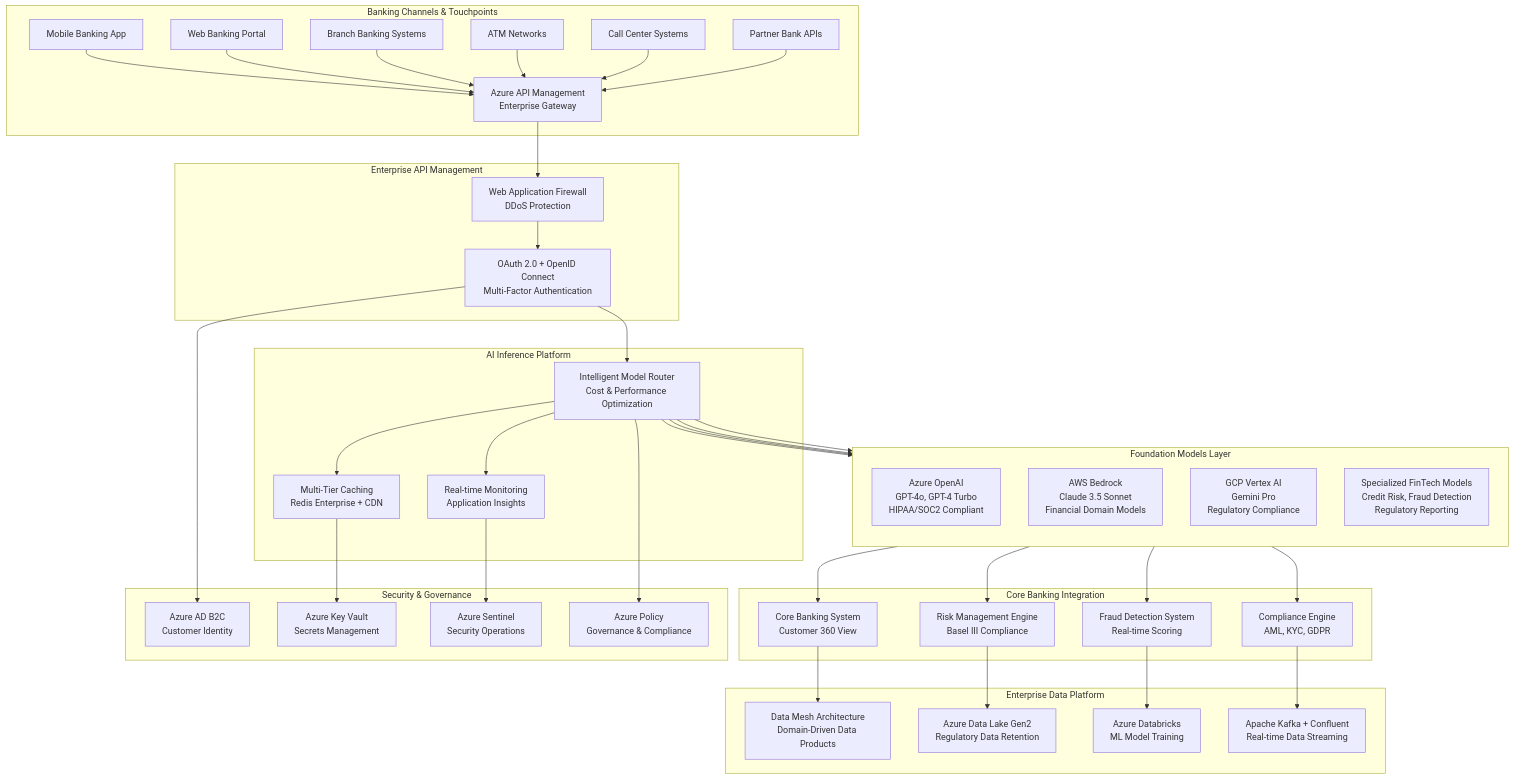
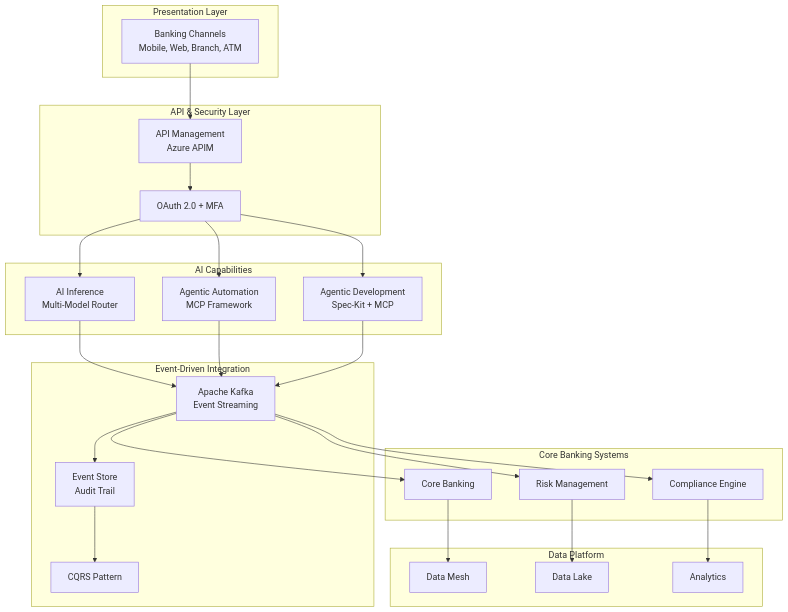
The diagram in README.md (calvinlee999/AI-Platform-for-FinTech-Evolution), drawn with Mermaid before and after one commit. The commit also changed other lines of this file and 5 other files, not shown here.

````diff
--- a/README.md
+++ b/README.md
@@ -154,86 +277,56 @@
 ```mermaid
 graph TB
-    subgraph "Banking Channels & Touchpoints"
-        MobileBanking[Mobile Banking App]
-        WebPortal[Web Banking Portal]
-        BranchSystems[Branch Banking Systems]
-        ATM[ATM Networks]
-        CallCenter[Call Center Systems]
-        PartnerAPIs[Partner Bank APIs]
-        
-        MobileBanking --> APIM
-        WebPortal --> APIM
-        BranchSystems --> APIM
-        ATM --> APIM
-        CallCenter --> APIM
-        PartnerAPIs --> APIM
+    subgraph "Presentation Layer"
+        Channels[Banking Channels<br/>Mobile, Web, Branch, ATM]
     end
     
-    subgraph "Enterprise API Management"
-        APIM[Azure API Management<br/>Enterprise Gateway]
-        WAF[Web Application Firewall<br/>DDoS Protection]
-        OAuth[OAuth 2.0 + OpenID Connect<br/>Multi-Factor Authentication]
-        
-        APIM --> WAF
-        WAF --> OAuth
+    subgraph "API & Security Layer"
+        APIM[API Management<br/>Azure APIM]
+        Auth[OAuth 2.0 + MFA]
     end
     
-    subgraph "AI Inference Platform"
-        Router[Intelligent Model Router<br/>Cost & Performance Optimization]
-        Cache[Multi-Tier Caching<br/>Redis Enterprise + CDN]
-        Monitor[Real-time Monitoring<br/>Application Insights]
-        
-        OAuth --> Router
-        Router --> Cache
-        Router --> Monitor
+    subgraph "AI Capabilities"
+        Inference[AI Inference<br/>Multi-Model Router]
+        Agents[Agentic Automation<br/>MCP Framework]
+        DevPlatform[Agentic Development<br/>Spec-Kit + MCP]
     end
     
-    subgraph "Foundation Models Layer"
-        direction TB
-        AzureOpenAI[Azure OpenAI<br/>GPT-4o, GPT-4 Turbo<br/>HIPAA/SOC2 Compliant]
-        AWSBedrock[AWS Bedrock<br/>Claude 3.5 Sonnet<br/>Financial Domain Models]
-        GCPVertex[GCP Vertex AI<br/>Gemini Pro<br/>Regulatory Compliance]
-        SpecializedModels[Specialized FinTech Models<br/>Credit Risk, Fraud Detection<br/>Regulatory Reporting]
-        
-        Router --> AzureOpenAI
-        Router --> AWSBedrock
-        Router --> GCPVertex
-        Router --> SpecializedModels
+    subgraph "Event-Driven Integration"
+        EventBus[Apache Kafka<br/>Event Streaming]
+        EventStore[Event Store<br/>Audit Trail]
+        CQRS[CQRS Pattern]
     end
     
-    subgraph "Core Banking Integration"
-        CoreBanking[Core Banking System<br/>Customer 360 View]
-        RiskEngine[Risk Management Engine<br/>Basel III Compliance]
-        FraudSystem[Fraud Detection System<br/>Real-time Scoring]
-        ComplianceEngine[Compliance Engine<br/>AML, KYC, GDPR]
-        
-        AzureOpenAI --> CoreBanking
-        AWSBedrock --> RiskEngine
-        GCPVertex --> FraudSystem
-        SpecializedModels --> ComplianceEngine
+    subgraph "Core Banking Systems"
+        CoreBanking[Core Banking]
+        RiskEngine[Risk Management]
+        Compliance[Compliance Engine]
     end
     
-    subgraph "Enterprise Data Platform"
-        DataMesh[Data Mesh Architecture<br/>Domain-Driven Data Products]
-        DataLake[Azure Data Lake Gen2<br/>Regulatory Data Retention]
-        Databricks[Azure Databricks<br/>ML Model Training]
-        EventStreaming[Apache Kafka + Confluent<br/>Real-time Data Streaming]
-        
-        CoreBanking --> DataMesh
-        RiskEngine --> DataLake
-        FraudSystem --> Databricks
-        ComplianceEngine --> EventStreaming
+    subgraph "Data Platform"
+        DataMesh[Data Mesh]
+        DataLake[Data Lake]
+        Analytics[Analytics]
     end
     
-    subgraph "Security & Governance"
-        IdentityProvider[Azure AD B2C<br/>Customer Identity]
-        KeyVault[Azure Key Vault<br/>Secrets Management]
-        Sentinel[Azure Sentinel<br/>Security Operations]
-        PolicyEngine[Azure Policy<br/>Governance & Compliance]
-        
-        OAuth --> IdentityProvider
-        Cache --> KeyVault
-        Monitor --> Sentinel
-        Router --> PolicyEngine
-    end
+    Channels --> APIM
+    APIM --> Auth
+    Auth --> Inference
+    Auth --> Agents
+    Auth --> DevPlatform
+    
+    Inference --> EventBus
+    Agents --> EventBus
+    DevPlatform --> EventBus
+    
+    EventBus --> EventStore
+    EventStore --> CQRS
+    
+    EventBus --> CoreBanking
+    EventBus --> RiskEngine
+    EventBus --> Compliance
+    
+    CoreBanking --> DataMesh
+    RiskEngine --> DataLake
+    Compliance --> Analytics
 ```
````
